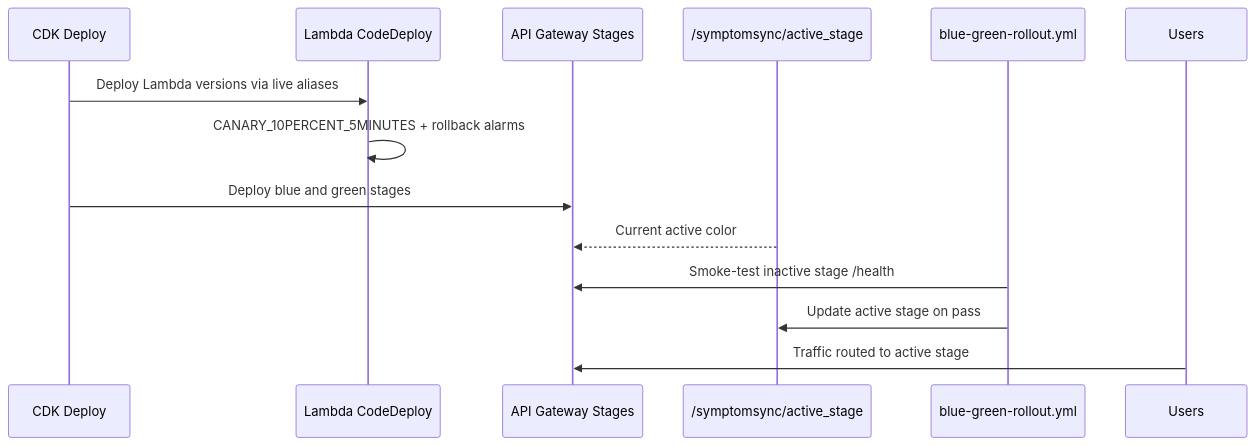
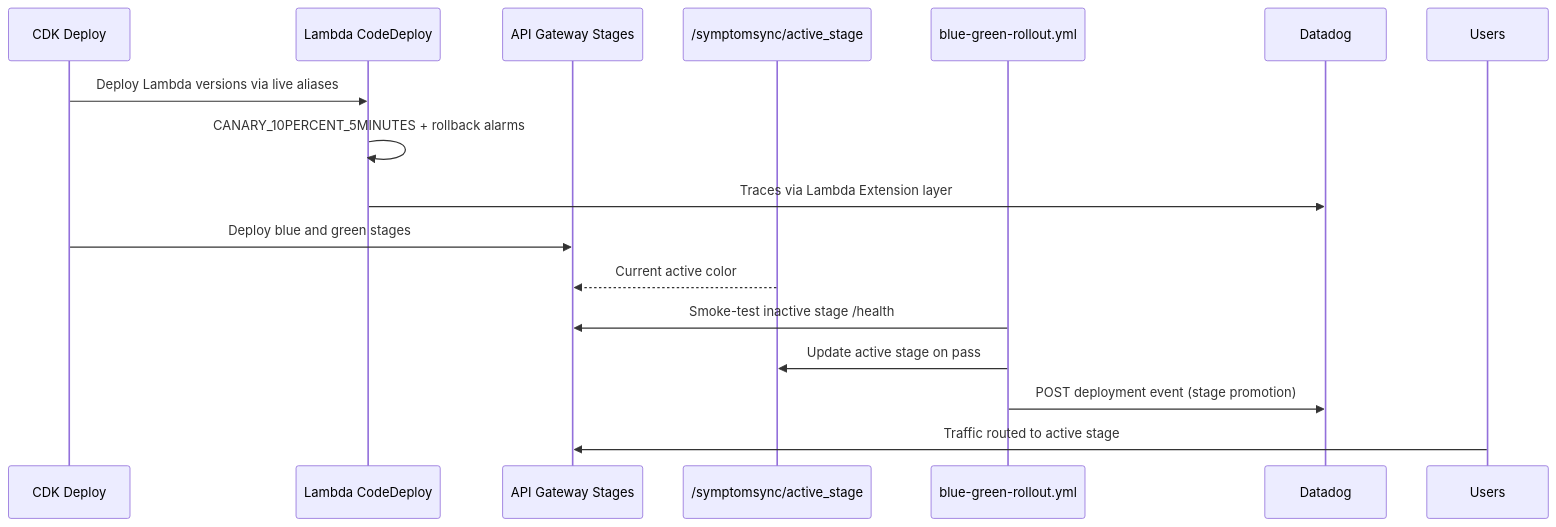
One commit to hoangsonww/SymptomSync-Health-App changed diagram 16 of 20 in ARCHITECTURE.md. Above: the diagram before and after it, drawn with Mermaid. The commit also changed other lines of this file and 23 other files, not shown here.

````diff
--- a/ARCHITECTURE.md
+++ b/ARCHITECTURE.md
@@ -462,20 +485,23 @@
 ```mermaid
 sequenceDiagram
   participant CDK as CDK Deploy
   participant CodeDeploy as Lambda CodeDeploy
   participant API as API Gateway Stages
   participant SSM as /symptomsync/active_stage
   participant Ansible as blue-green-rollout.yml
+  participant DD as Datadog
   participant Users
 
   CDK->>CodeDeploy: Deploy Lambda versions via live aliases
   CodeDeploy->>CodeDeploy: CANARY_10PERCENT_5MINUTES + rollback alarms
+  CodeDeploy->>DD: Traces via Lambda Extension layer
 
   CDK->>API: Deploy blue and green stages
   SSM-->>API: Current active color
 
   Ansible->>API: Smoke-test inactive stage /health
   Ansible->>SSM: Update active stage on pass
+  Ansible->>DD: POST deployment event (stage promotion)
 
   Users->>API: Traffic routed to active stage
 ```
````
